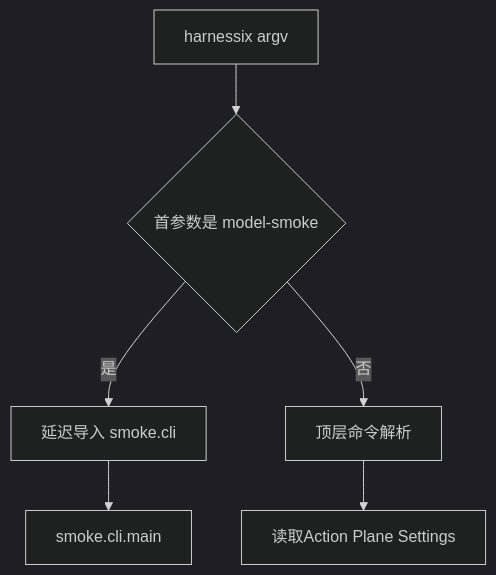
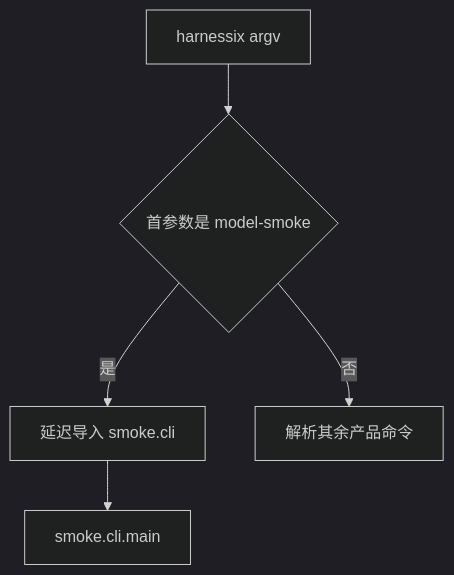
One commit to carrie1988/Harnessix changed the third of 30 diagrams in docs/modules/smoke.md. Above: the diagram before and after it, drawn with Mermaid (dark theme). The commit also changed other lines of this file and 13 other files, not shown here.

````diff
--- a/docs/modules/smoke.md
+++ b/docs/modules/smoke.md
@@ -234,8 +236,7 @@
 ```mermaid
 flowchart TD
     Start[harnessix argv] --> IsSmoke{首参数是 model-smoke}
     IsSmoke -- 是 --> LazyImport[延迟导入 smoke.cli]
     LazyImport --> SmokeMain[smoke.cli.main]
-    IsSmoke -- 否 --> MainParser[顶层命令解析]
-    MainParser --> Settings[读取Action Plane Settings]
+    IsSmoke -- 否 --> MainParser[解析其余产品命令]
 ```
````
